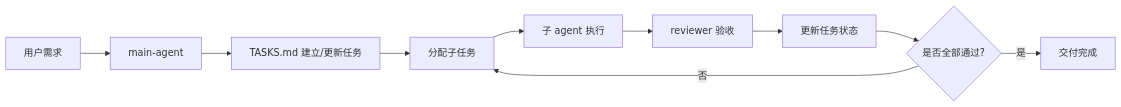
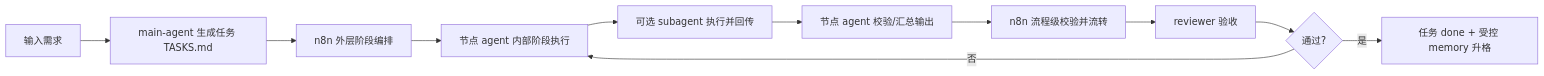
Before and after one commit to tianhbd/agent-build: the diagram in README.md, drawn with Mermaid. The commit also changed other lines of this file and 44 other files, not shown here.

````diff
--- a/README.md
+++ b/README.md
@@ -22,12 +138,13 @@
 ```mermaid
 flowchart LR
-    A["用户需求"] --> B["main-agent"]
-    B --> C["TASKS.md 建立/更新任务"]
-    C --> D["分配子任务"]
-    D --> E["子 agent 执行"]
-    E --> F["reviewer 验收"]
-    F --> G["更新任务状态"]
-    G --> H{"是否全部通过?"}
-    H -- 否 --> D
-    H -- 是 --> I["交付完成"]
+    A["输入需求"] --> B["main-agent 生成任务 TASKS.md"]
+    B --> C["n8n 外层阶段编排"]
+    C --> D["节点 agent 内部阶段执行"]
+    D --> E["可选 subagent 执行并回传"]
+    E --> F["节点 agent 校验/汇总输出"]
+    F --> G["n8n 流程级校验并流转"]
+    G --> H["reviewer 验收"]
+    H --> I{"通过?"}
+    I -- 否 --> D
+    I -- 是 --> J["任务 done + 受控 memory 升格"]
 ```
````
